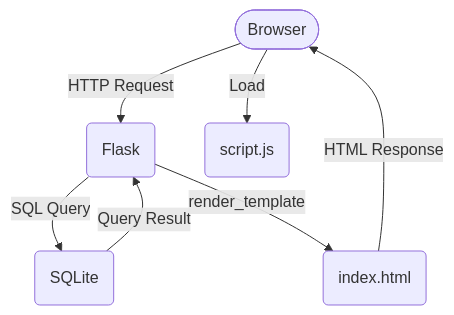
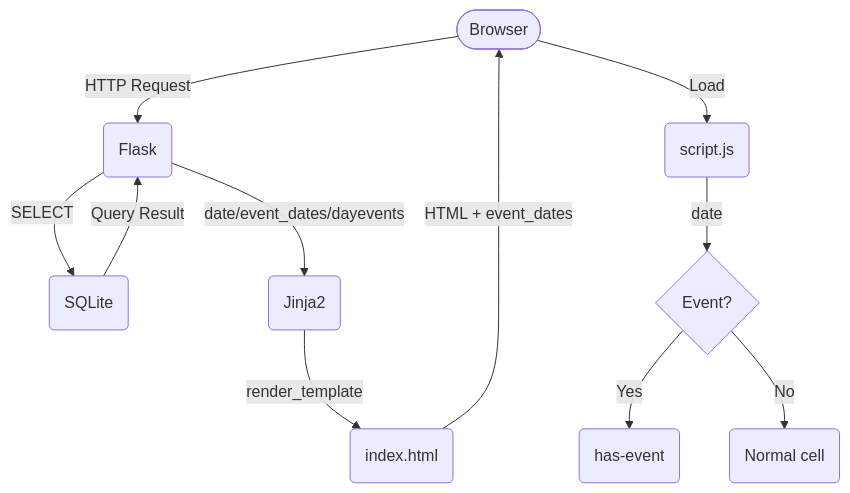
The diagram in Program_Design.md (Chihiro707/Calendar), drawn with Mermaid before and after one commit. The commit also changed other lines of this file, not shown here.

Commit message:
improve flowchart

````diff
--- a/Program_Design.md
+++ b/Program_Design.md
@@ -73,9 +72,13 @@
 ```mermaid
 graph TB
-    A([Browser])-->|HTTP Request|B(Flask)
-    B-->|SQL Query|C(SQLite)
-    C-->|Query Result|B
-    B-->|render_template|D(index.html)
-    D-->|HTML Response|A
-    A-->|Load|E(script.js)
+    Browser([Browser])-->|HTTP Request|Flask(Flask)
+    Flask-->|SELECT|SQL(SQLite)
+    SQL-->|Query Result|Flask
+    Flask-->|date/event_dates/dayevents|Jinja2(Jinja2)
+    Jinja2-->|render_template|html(index.html)
+    html-->|HTML + event_dates|Browser
+    Browser-->|Load|js(script.js)
+    js-->|date|check{Event?}
+    check-->|Yes|hasevent(has-event)
+    check-->|No|normal(Normal cell)
 ```
````
